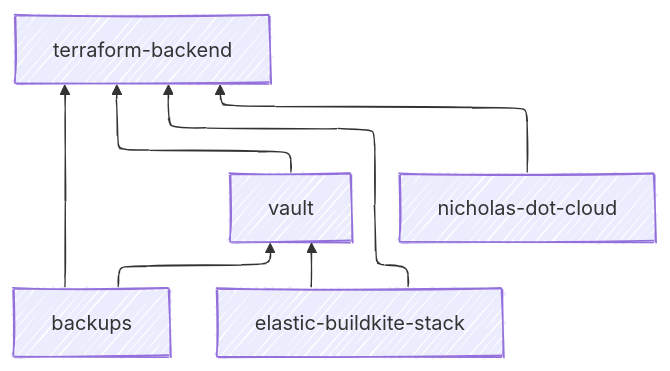
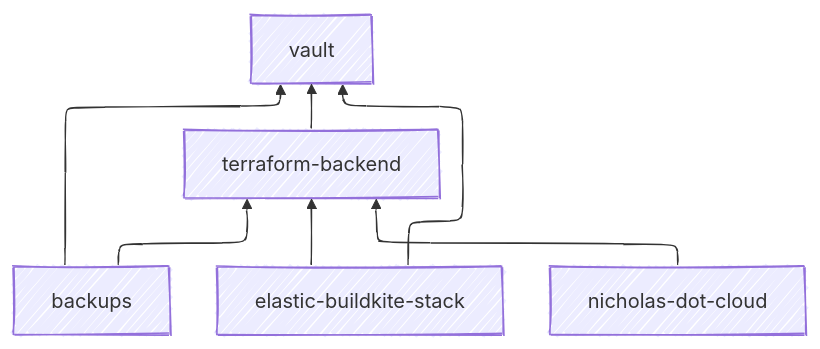
The diagram in README.md (nchlswhttkr/hosting), drawn with Mermaid before and after one commit. The commit also changed 11 other files, not shown here.

````diff
--- a/README.md
+++ b/README.md
@@ -33,15 +33,14 @@
 ```mermaid
 ---
 config:
   look: handDrawn
 ---
 
 flowchart-elk BT
   backups --> terraform-backend
   backups --> vault
   elastic-buildkite-stack --> terraform-backend
   elastic-buildkite-stack --> vault
   nicholas-dot-cloud --> terraform-backend
-  terraform-backend
-  vault --> terraform-backend
+  terraform-backend --> vault
 ```
````
